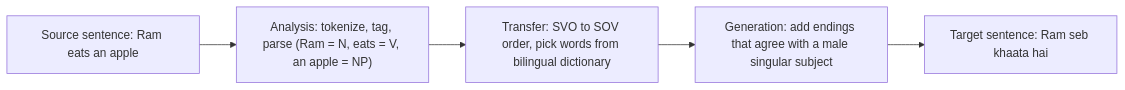
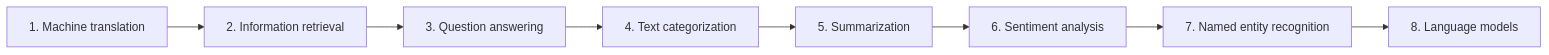
Before and after one commit to TrendySloth1001/sem-seven-notes: the first of 9 diagrams in content/natural-language-processing/notes/nlp-applications.mdx, drawn with Mermaid. The commit also changed other lines of this file and 406 other files, not shown here.

````diff
--- a/content/natural-language-processing/notes/nlp-applications.mdx
+++ b/content/natural-language-processing/notes/nlp-applications.mdx
@@ -128,8 +30,11 @@
 ```mermaid
-%% caption: Working of a transfer-based rule-based MT system, with the English to Hindi example 'Ram eats an apple'.
+%% caption: The eight topics of this note, in the order of the class slides.
 flowchart LR
-  A["Source sentence: Ram eats an apple"] --> B["Analysis: tokenize, tag, parse (Ram = N, eats = V, an apple = NP)"]
-  B --> C["Transfer: SVO to SOV order, pick words from bilingual dictionary"]
-  C --> D["Generation: add endings that agree with a male singular subject"]
-  D --> E["Target sentence: Ram seb khaata hai"]
+  A["1. Machine translation"] --> B["2. Information retrieval"]
+  B --> C["3. Question answering"]
+  C --> D["4. Text categorization"]
+  D --> E["5. Summarization"]
+  E --> F["6. Sentiment analysis"]
+  F --> G["7. Named entity recognition"]
+  G --> H["8. Language models"]
 ```
````
